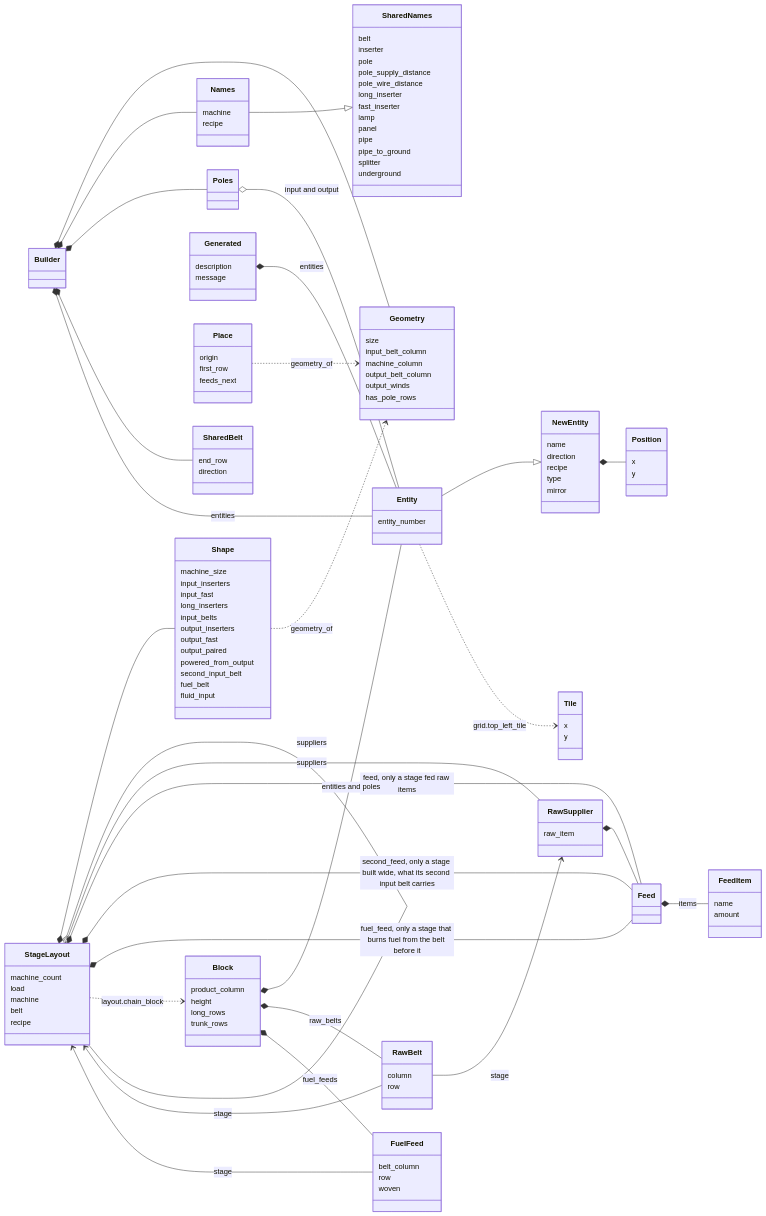
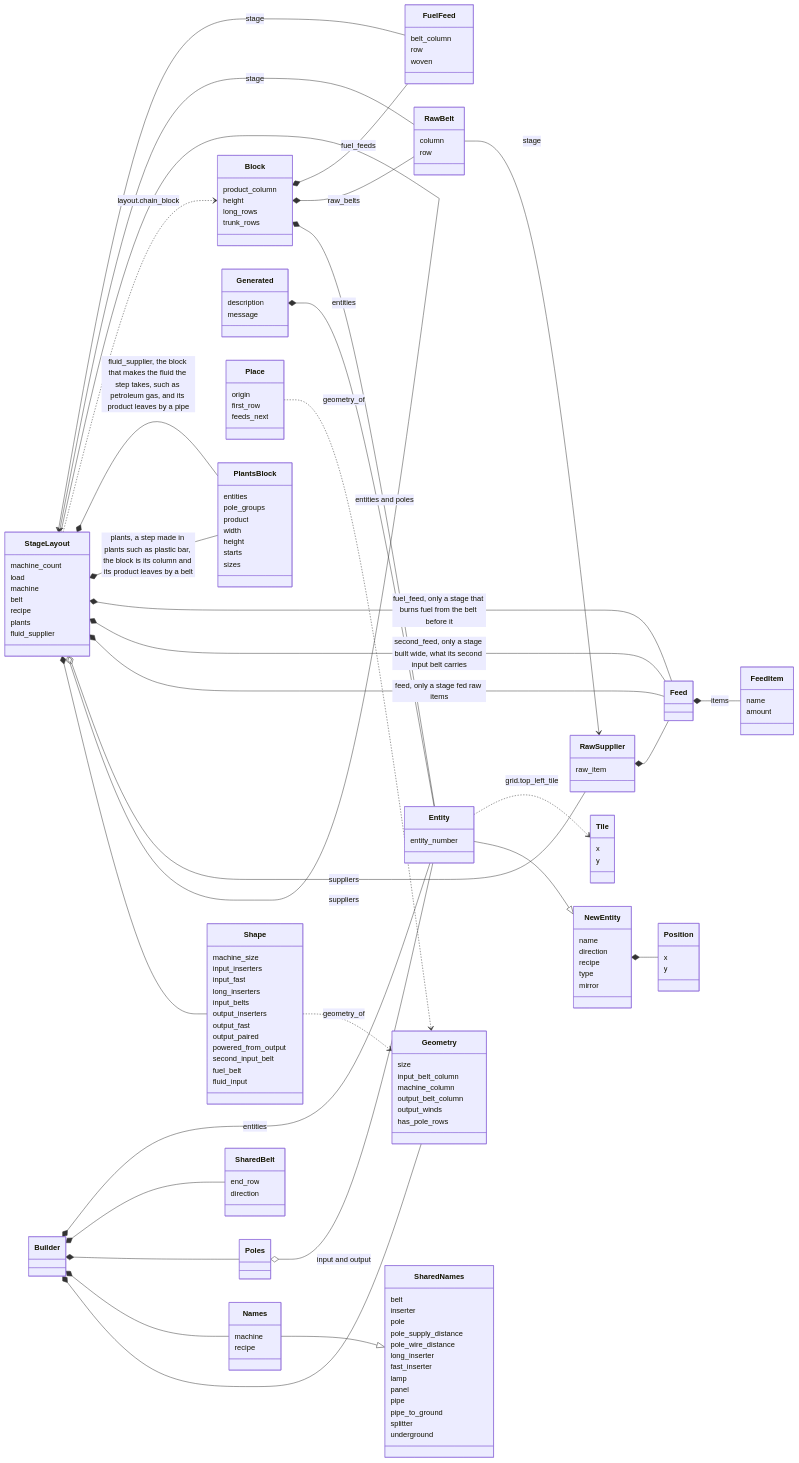
Before and after one commit to RibbonedAce/factorio-blueprint-generation: the fourth of 6 diagrams in TYPES.md, drawn with Mermaid. The commit also changed other lines of this file and 39 other files, not shown here.

First line of the commit message:
Take items made in plants and fluids made by machines in recipes on belts

```diff
--- a/TYPES.md
+++ b/TYPES.md
@@ -299,6 +342,17 @@
     machine
     belt
     recipe
+    plants
+    fluid_supplier
+  }
+  class PlantsBlock {
+    entities
+    pole_groups
+    product
+    width
+    height
+    starts
+    sizes
   }
   class Shape {
     machine_size
@@ -329,6 +383,8 @@
   StageLayout *-- Feed : feed, only a stage fed raw items
   StageLayout *-- Feed : second_feed, only a stage built wide, what its second input belt carries
   StageLayout *-- Feed : fuel_feed, only a stage that burns fuel from the belt before it
+  StageLayout *-- PlantsBlock : plants, a step made in plants such as plastic bar, the block is its column and its product leaves by a belt
+  StageLayout *-- PlantsBlock : fluid_supplier, the block that makes the fluid the step takes, such as petroleum gas, and its product leaves by a pipe
   RawSupplier *-- Feed
   Feed *-- FeedItem : items
 
```
